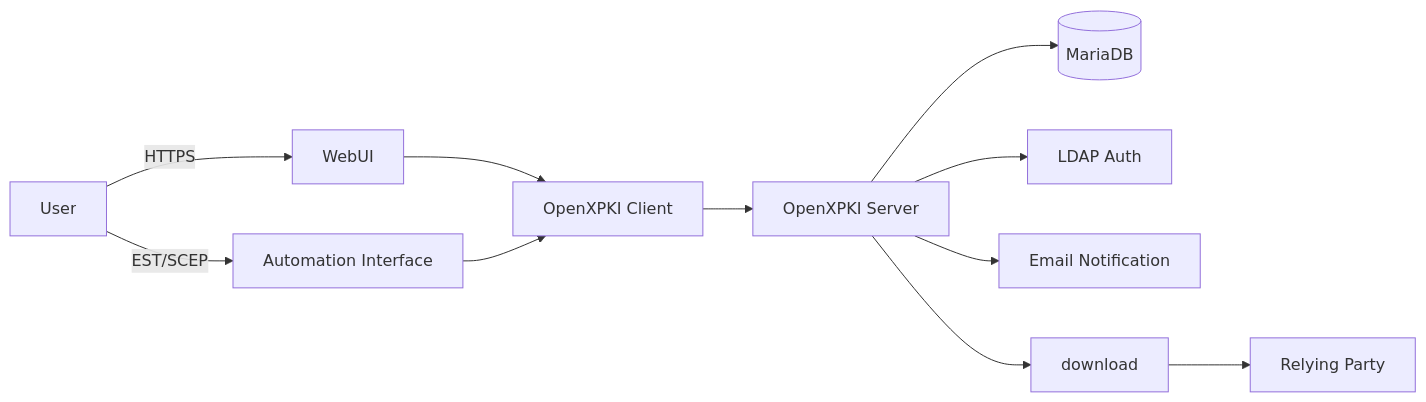
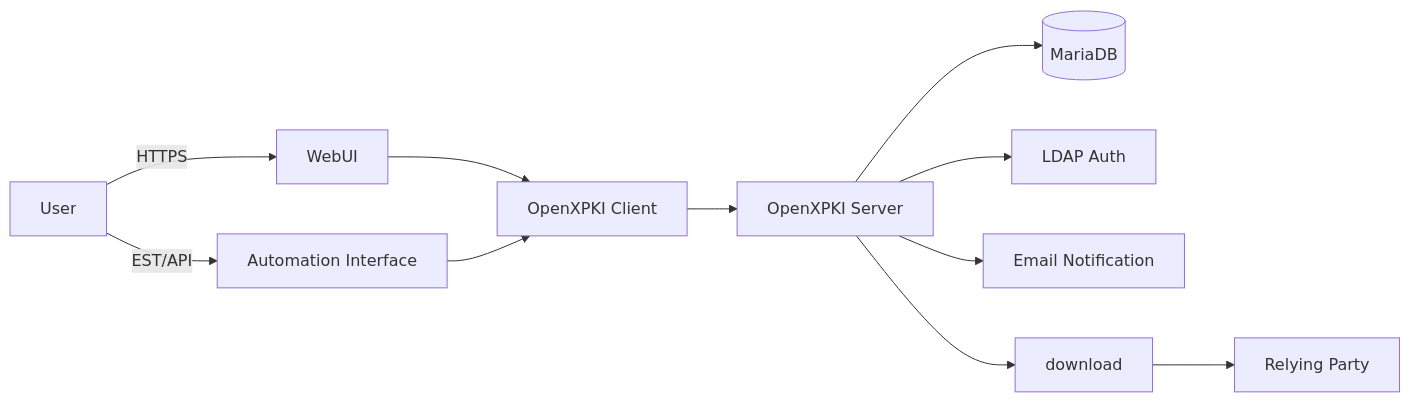
The first of 6 diagrams in slides.md (hanx-hep/8th-belle2-ihepca), drawn with Mermaid before and after one commit. The commit also changed other lines of this file and 4 other files, not shown here.

````diff
--- a/slides.md
+++ b/slides.md
@@ -176,13 +193,13 @@
 ```mermaid {scale: 0.6}
 graph LR
     User[User] -->|HTTPS| WebUI[WebUI]
-    User -->|EST/SCEP| API[Automation Interface]
+    User -->|EST/API| API[Automation Interface]
     WebUI --> Client[OpenXPKI Client]
     API --> Client
     Client --> Server[OpenXPKI Server]
     Server --> DB[(MariaDB)]
     Server --> LDAP[LDAP Auth]
     Server --> Mail[Email Notification]
     Server --> Download[download]
     Download --> RP[Relying Party]
 ```
````
